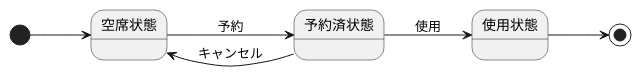
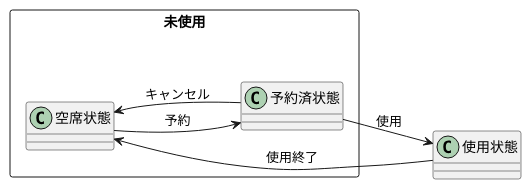
Before and after one commit to kikuchitokumasa/uml-introduction: the diagram in 演習6-2_SD_部屋オブジェクト.pu, drawn with PlantUML.

Commit message:
追加

```diff
--- a/演習6-2_SD_部屋オブジェクト.pu
+++ b/演習6-2_SD_部屋オブジェクト.pu
@@ -1,8 +1,9 @@
 @startuml
 left to right direction
-[*] --> 空席状態
+rectangle 未使用{
 空席状態 --> 予約済状態 : 予約
+予約済状態 --> 空席状態 : キャンセル
+}
 予約済状態 --> 使用状態 : 使用
-予約済状態 --> 空席状態 : キャンセル
-使用状態 --> [*]
+使用状態 --> 空席状態 : 使用終了
 @enduml
```
